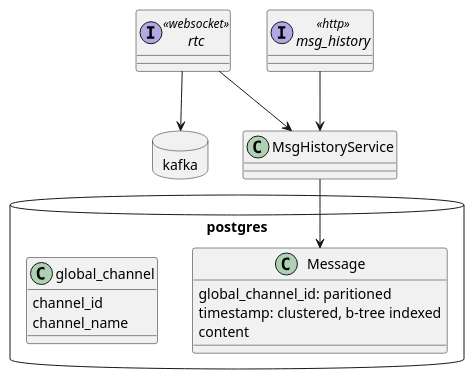
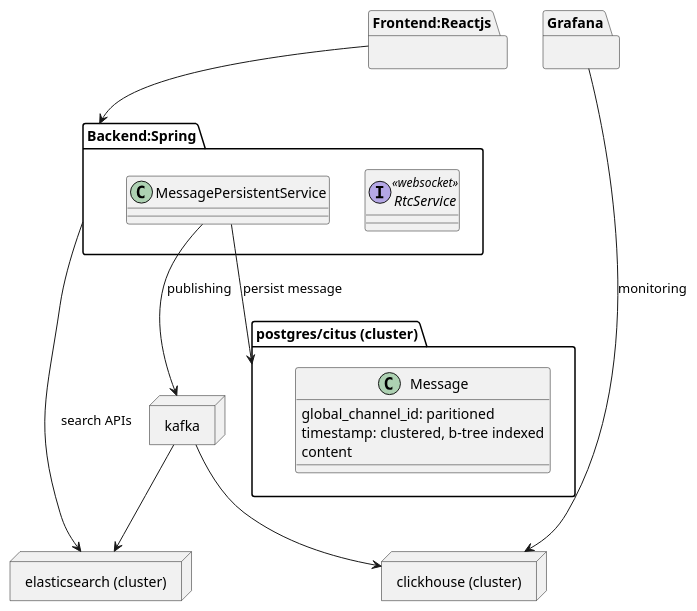
One commit to hoangnpdev/scalable-rtc-BE-demo changed the diagram in diagram/rtc_component.plantuml. Above: the diagram before and after it, drawn with PlantUML. The commit also changed 2 other files, not shown here.

```diff
--- a/diagram/rtc_component.plantuml
+++ b/diagram/rtc_component.plantuml
@@ -1,30 +1,61 @@
 @startuml
 
-interface rtc <<websocket>>
-interface msg_history <<http>>
-class MsgHistoryService
+'left to right direction
 
-package kafka <<database>> {
+
+together {
+package Frontend:Reactjs {
+}
+
+package Grafana {
+}
+}
+
+"Frontend:Reactjs" --> "Backend:Spring"
+
+package Backend:Spring {
+interface RtcService <<websocket>>
+
+class MessagePersistentService {}
 
 }
 
-package postgres <<database>> {
+
+MessagePersistentService --> "postgres/citus (cluster)": persist message
+MessagePersistentService --> "kafka": publishing
+
+
+together {
+package "postgres/citus (cluster)" {
     class Message {
         global_channel_id: paritioned
         timestamp: clustered, b-tree indexed
         content
         
     }
+}
 
-    class global_channel {
-        channel_id
-        channel_name
+package kafka <<node>> {
+
+}
+
+}
+
+"kafka" --> "clickhouse (cluster)"
+"kafka" --> "elasticsearch (cluster)"
+
+
+
+together {
+    package "clickhouse (cluster)" <<node>> {
+    }
+
+    package "elasticsearch (cluster)" <<node>> {
     }
 }
 
+"Backend:Spring" --> "elasticsearch (cluster)": search APIs
 
-msg_history --> MsgHistoryService
-rtc --> MsgHistoryService
-rtc --> kafka
-MsgHistoryService --> Message
+Grafana --> "clickhouse (cluster)": monitoring
+
 @enduml
```
